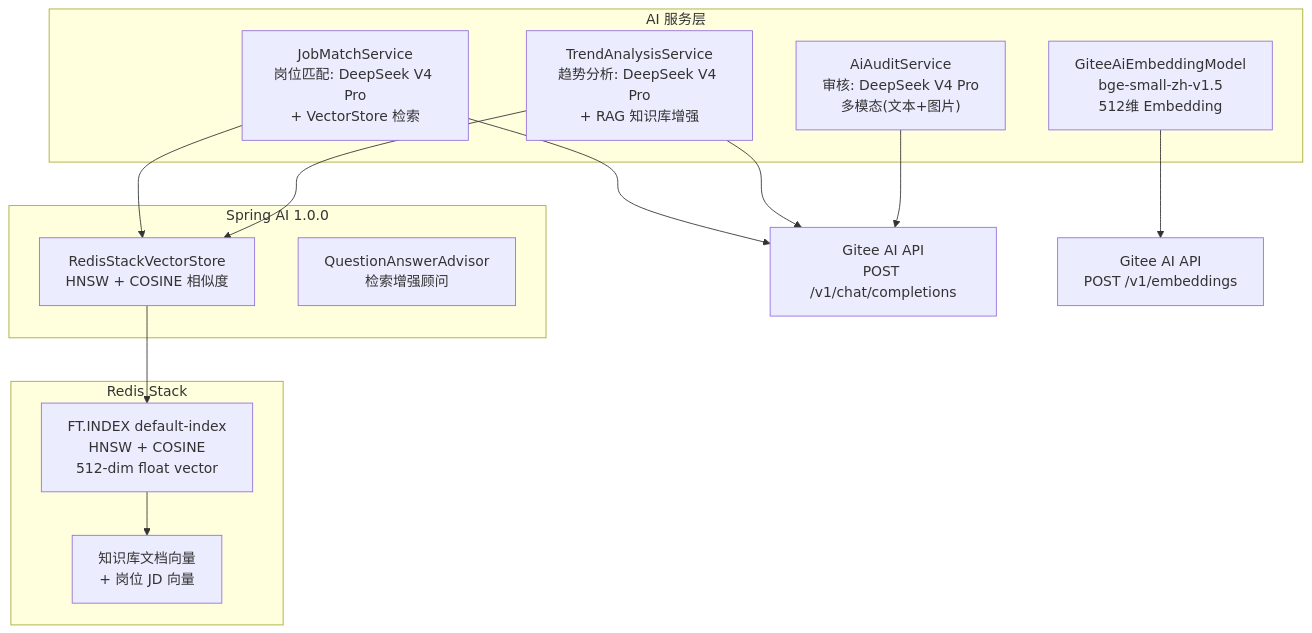
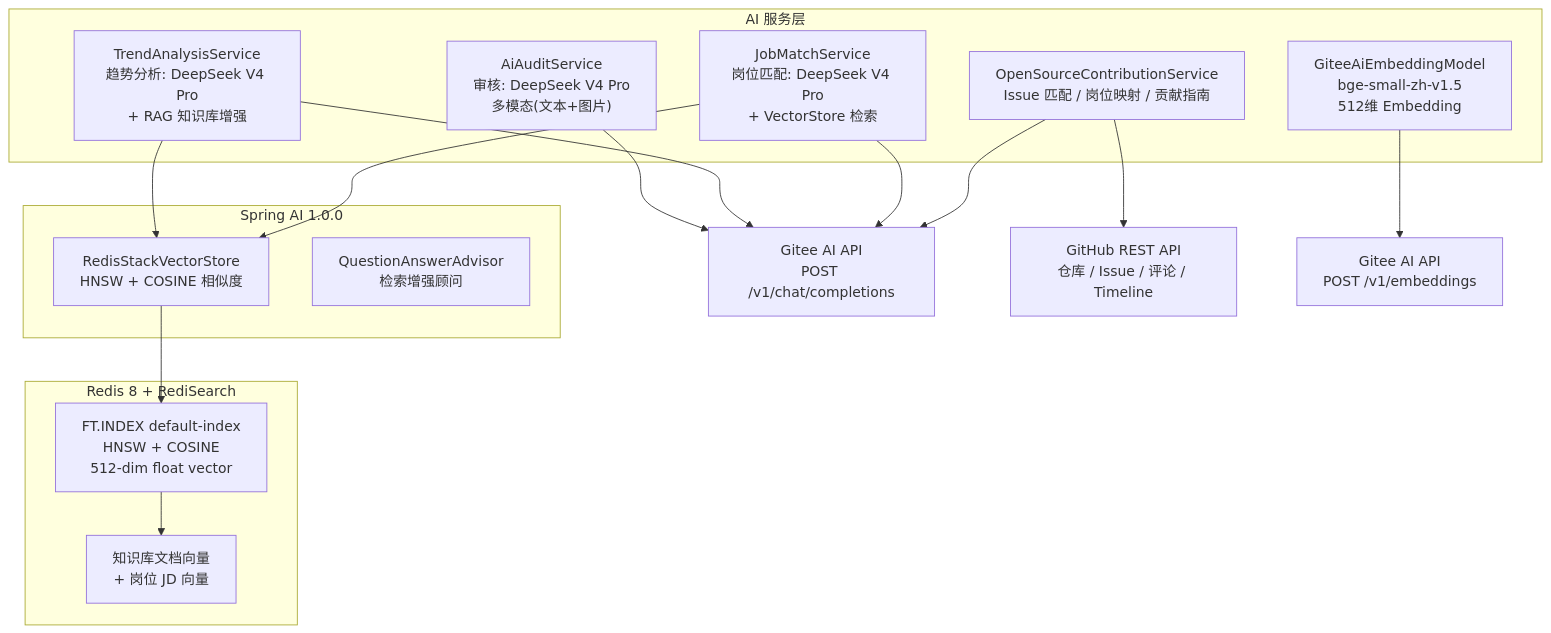
One commit to Orange-ui0811/BigOrange changed the third of 10 diagrams in docs/OrangeJD系统架构设计说明书.md. Above: the diagram before and after it, drawn with Mermaid. The commit also changed other lines of this file and 29 other files, not shown here.

Commit message:
feat: add open source contribution workflow

````diff
--- a/docs/OrangeJD系统架构设计说明书.md
+++ b/docs/OrangeJD系统架构设计说明书.md
@@ -289,28 +290,31 @@
 ```mermaid
 graph TB
     subgraph AI_Layer["AI 服务层"]
         AiAudit["AiAuditService<br/>审核: DeepSeek V4 Pro<br/>多模态(文本+图片)"]
         Trend["TrendAnalysisService<br/>趋势分析: DeepSeek V4 Pro<br/>+ RAG 知识库增强"]
         Embed["GiteeAiEmbeddingModel<br/>bge-small-zh-v1.5<br/>512维 Embedding"]
         JobMatch["JobMatchService<br/>岗位匹配: DeepSeek V4 Pro<br/>+ VectorStore 检索"]
+        OpenSource["OpenSourceContributionService<br/>Issue 匹配 / 岗位映射 / 贡献指南"]
     end
 
     subgraph SpringAI_Layer["Spring AI 1.0.0"]
         VS["RedisStackVectorStore<br/>HNSW + COSINE 相似度"]
         QE["QuestionAnswerAdvisor<br/>检索增强顾问"]
     end
 
-    subgraph Redis_Stack["Redis Stack"]
+    subgraph Redis_Stack["Redis 8 + RediSearch"]
         FT["FT.INDEX default-index<br/>HNSW + COSINE<br/>512-dim float vector"]
         DocStore["知识库文档向量<br/>+ 岗位 JD 向量"]
     end
 
     AiAudit --> GiteeAI["Gitee AI API<br/>POST /v1/chat/completions"]
     Trend --> GiteeAI
     Trend --> VS
     JobMatch --> GiteeAI
     JobMatch --> VS
+    OpenSource --> GiteeAI
+    OpenSource --> GitHubAPI["GitHub REST API<br/>仓库 / Issue / 评论 / Timeline"]
     Embed --> GiteeAI_Emb["Gitee AI API<br/>POST /v1/embeddings"]
     VS --> FT
     FT --> DocStore
 ```
````
